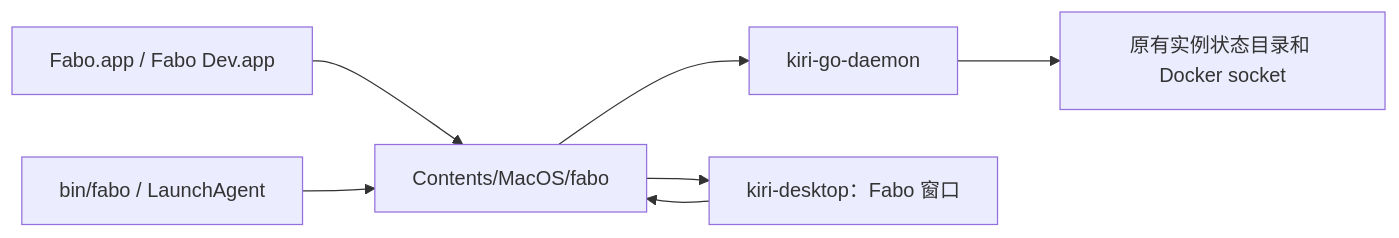
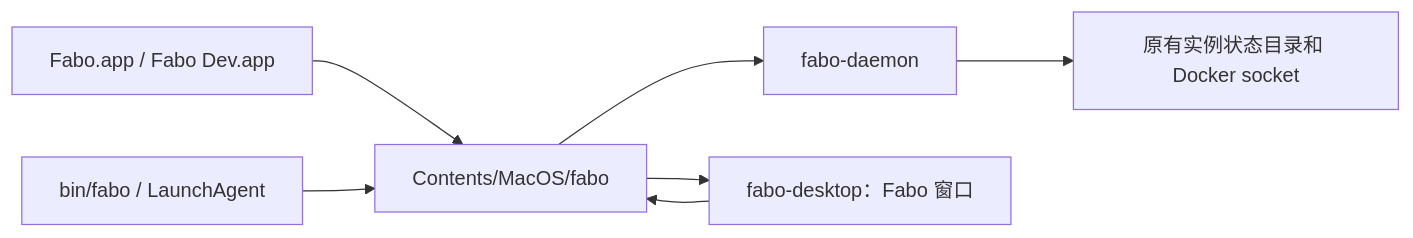
The diagram in docs/branding.md (OpenFabrica/Fabo), drawn with Mermaid before and after one commit. The commit also changed other lines of this file and 473 other files, not shown here.

First line of the commit message:
refactor: rename the project's own kiri identity to fabo

````diff
--- a/docs/branding.md
+++ b/docs/branding.md
@@ -22,9 +24,9 @@
 ```mermaid
 flowchart LR
     App[Fabo.app / Fabo Dev.app] --> CLI[Contents/MacOS/fabo]
     Link[bin/fabo / LaunchAgent] --> CLI
-    CLI --> Engine[kiri-go-daemon]
-    CLI --> Window[kiri-desktop：Fabo 窗口]
+    CLI --> Engine[fabo-daemon]
+    CLI --> Window[fabo-desktop：Fabo 窗口]
     Window --> CLI
     Engine --> State[原有实例状态目录和 Docker socket]
 ```
````
